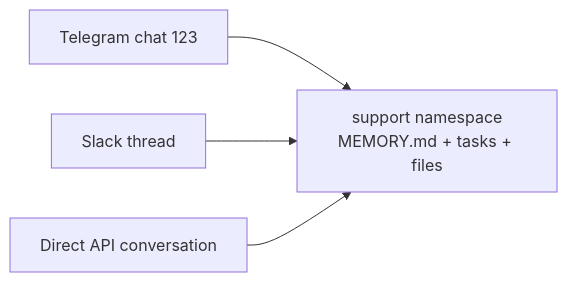
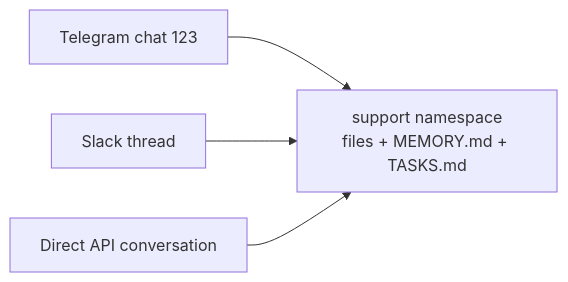
One commit to beeblastco/broods changed the third of 3 diagrams in docs/workspace/memory-and-session.md. Above: the diagram before and after it, drawn with Mermaid. The commit also changed other lines of this file and 41 other files, not shown here.

First line of the commit message:
feat: stage skills into sandbox with publish-back, drop memory/tasks tools

````diff
--- a/docs/workspace/memory-and-session.md
+++ b/docs/workspace/memory-and-session.md
@@ -56,6 +61,6 @@
 ```mermaid
 flowchart LR
-  T1["Telegram chat 123"] --> Shared["support namespace<br/>MEMORY.md + tasks + files"]
+  T1["Telegram chat 123"] --> Shared["support namespace<br/>files + MEMORY.md + TASKS.md"]
   S1["Slack thread"] --> Shared
   D1["Direct API conversation"] --> Shared
 ```
````
